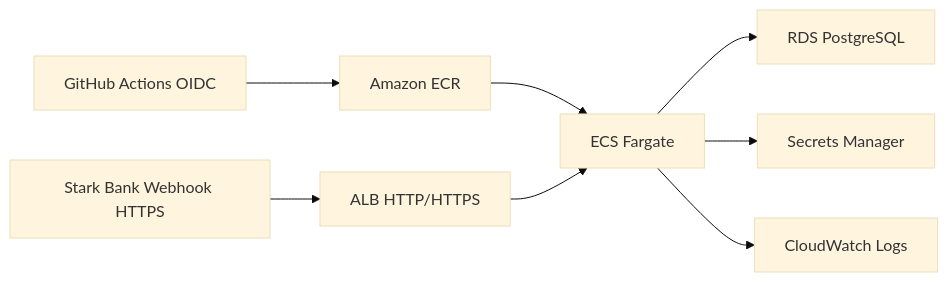
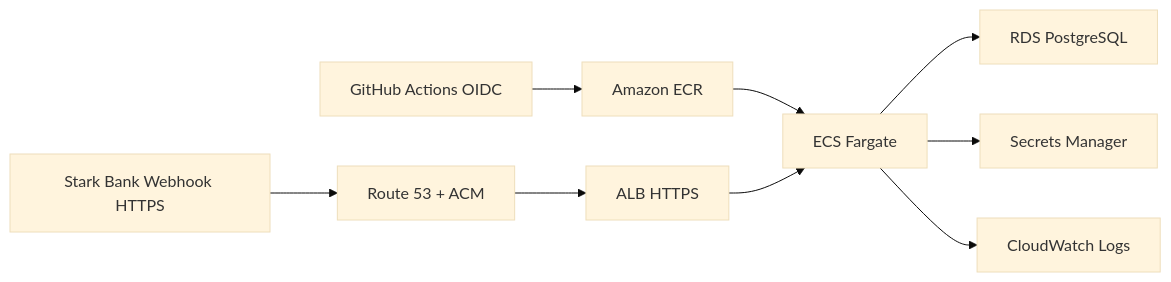
The diagram in docs/aws-deployment.md (lstavares/starkbank-backend-trial), drawn with Mermaid (base theme) before and after one commit. The commit also changed other lines of this file and 6 other files, not shown here.

Commit message:
Document AWS deployment architecture and operations

````diff
--- a/docs/aws-deployment.md
+++ b/docs/aws-deployment.md
@@ -24,10 +25,11 @@
 ```mermaid
 flowchart LR
     GitHub["GitHub Actions OIDC"] --> ECR["Amazon ECR"]
     ECR --> ECS["ECS Fargate"]
-    ALB["ALB HTTP/HTTPS"] --> ECS
+    DNS["Route 53 + ACM"] --> ALB["ALB HTTPS"]
+    ALB --> ECS
     ECS --> RDS["RDS PostgreSQL"]
     ECS --> Secrets["Secrets Manager"]
     ECS --> Logs["CloudWatch Logs"]
-    Stark["Stark Bank Webhook HTTPS"] --> ALB
+    Stark["Stark Bank Webhook HTTPS"] --> DNS
 ```
````
